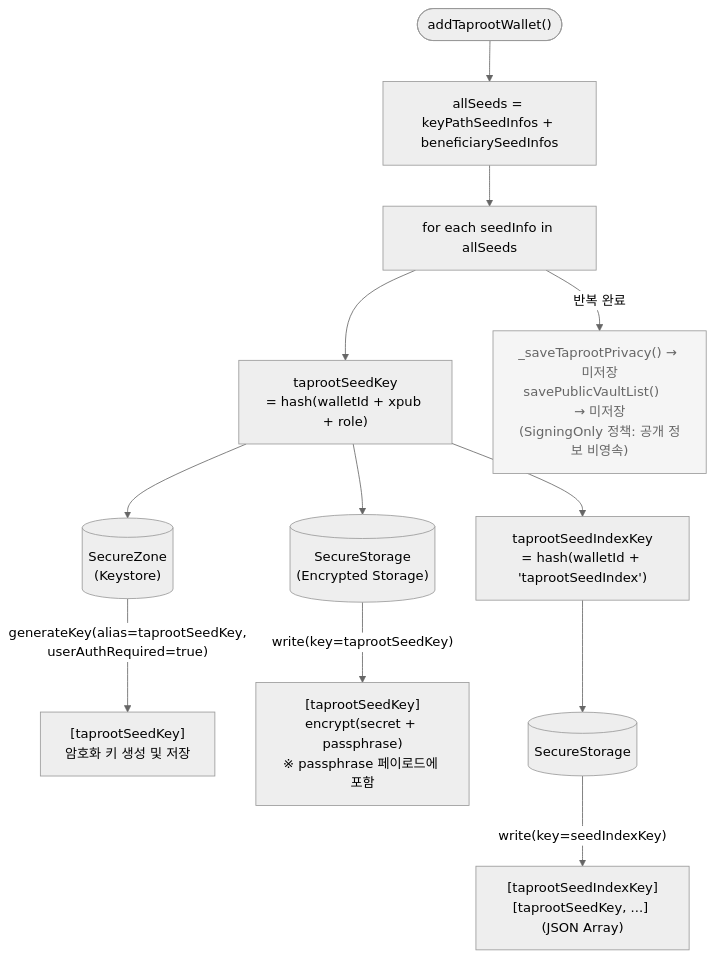
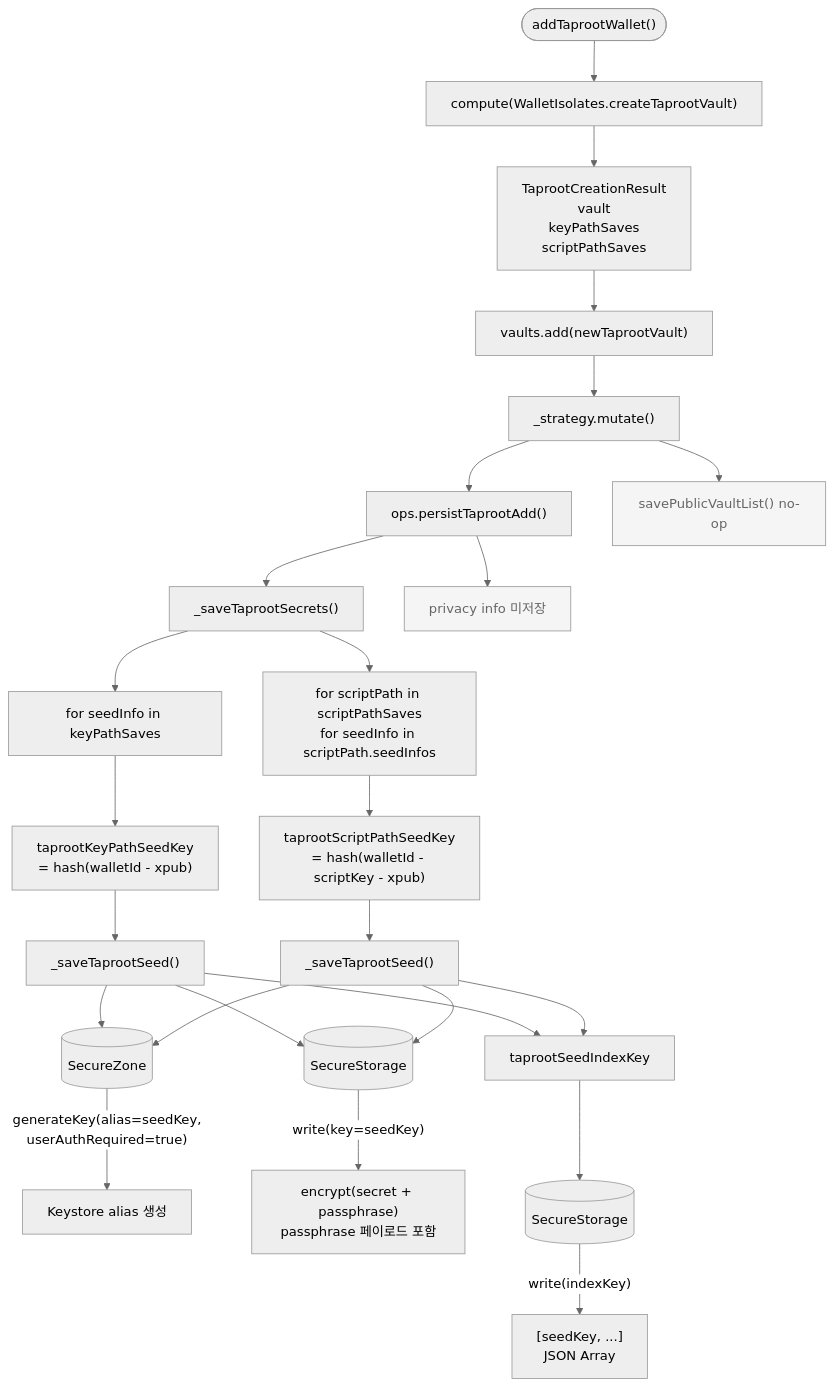
One commit to noncelab/coconut_vault changed the second of 2 diagrams in docs/features/repository/taproot/taproot_wallet_add_storage.md. Above: the diagram before and after it, drawn with Mermaid (neutral theme). The commit also changed other lines of this file, not shown here.

Commit message:
chore(md): taproot_wallet_add_storage.md 파일 업데이트

````diff
--- a/docs/features/repository/taproot/taproot_wallet_add_storage.md
+++ b/docs/features/repository/taproot/taproot_wallet_add_storage.md
@@ -65,25 +131,38 @@
 ```mermaid
 flowchart TD
     START(["addTaprootWallet()"])
-    START --> SEEDS["allSeeds = keyPathSeedInfos + beneficiarySeedInfos"]
+    START --> CREATE["compute(WalletIsolates.createTaprootVault)"]
+    CREATE --> RESULT["TaprootCreationResult\nvault\nkeyPathSaves\nscriptPathSaves"]
+    RESULT --> ADD["vaults.add(newTaprootVault)"]
+    ADD --> MUTATE["_strategy.mutate()"]
 
-    SEEDS --> LOOP["for each seedInfo in allSeeds"]
+    MUTATE --> PERSIST["ops.persistTaprootAdd()"]
+    PERSIST --> SAVE_SEEDS["_saveTaprootSecrets()"]
 
-    LOOP --> KEY["taprootSeedKey\n= hash(walletId + xpub + role)"]
+    SAVE_SEEDS --> KP_LOOP["for seedInfo in keyPathSaves"]
+    KP_LOOP --> KP_KEY["taprootKeyPathSeedKey\n= hash(walletId - xpub)"]
+    KP_KEY --> SAVE_KP["_saveTaprootSeed()"]
 
-    KEY --> SZ1[("SecureZone\n(Keystore)")]
-    KEY --> SS1[("SecureStorage\n(Encrypted Storage)")]
+    SAVE_SEEDS --> SP_LOOP["for scriptPath in scriptPathSaves\nfor seedInfo in scriptPath.seedInfos"]
+    SP_LOOP --> SP_KEY["taprootScriptPathSeedKey\n= hash(walletId - scriptKey - xpub)"]
+    SP_KEY --> SAVE_SP["_saveTaprootSeed()"]
 
-    SZ1 -- "generateKey(alias=taprootSeedKey,\nuserAuthRequired=true)" --> SZ1_STORED["[taprootSeedKey]\n암호화 키 생성 및 저장"]
+    SAVE_KP --> SZ[("SecureZone")]
+    SAVE_SP --> SZ
+    SZ -- "generateKey(alias=seedKey,\nuserAuthRequired=true)" --> SZ_STORED["Keystore alias 생성"]
 
-    SS1 -- "write(key=taprootSeedKey)" --> SS1_STORED["[taprootSeedKey]\nencrypt(secret + passphrase)\n※ passphrase 페이로드에 포함"]
+    SAVE_KP --> SS_SEED[("SecureStorage")]
+    SAVE_SP --> SS_SEED
+    SS_SEED -- "write(key=seedKey)" --> SEED_STORED["encrypt(secret + passphrase)\npassphrase 페이로드 포함"]
 
-    KEY --> IKEY["taprootSeedIndexKey\n= hash(walletId + 'taprootSeedIndex')"]
-    IKEY --> SS3[("SecureStorage")]
-    SS3 -- "write(key=seedIndexKey)" --> SS3_STORED["[taprootSeedIndexKey]\n[taprootSeedKey, ...] (JSON Array)"]
+    SAVE_KP --> INDEX["taprootSeedIndexKey"]
+    SAVE_SP --> INDEX
+    INDEX --> SS_INDEX[("SecureStorage")]
+    SS_INDEX -- "write(indexKey)" --> INDEX_STORED["[seedKey, ...]\nJSON Array"]
 
-    LOOP -- "반복 완료" --> NOOP
+    PERSIST --> NO_PRIVACY["privacy info 미저장"]
+    MUTATE --> NO_PUBLIC["savePublicVaultList() no-op"]
 
-    NOOP["_saveTaprootPrivacy() → 미저장\nsavePublicVaultList()    → 미저장\n(SigningOnly 정책: 공개 정보 비영속)"]
-    style NOOP fill:#f5f5f5,stroke:#999,color:#666
+    style NO_PRIVACY fill:#f5f5f5,stroke:#999,color:#666
+    style NO_PUBLIC fill:#f5f5f5,stroke:#999,color:#666
 ```
````
